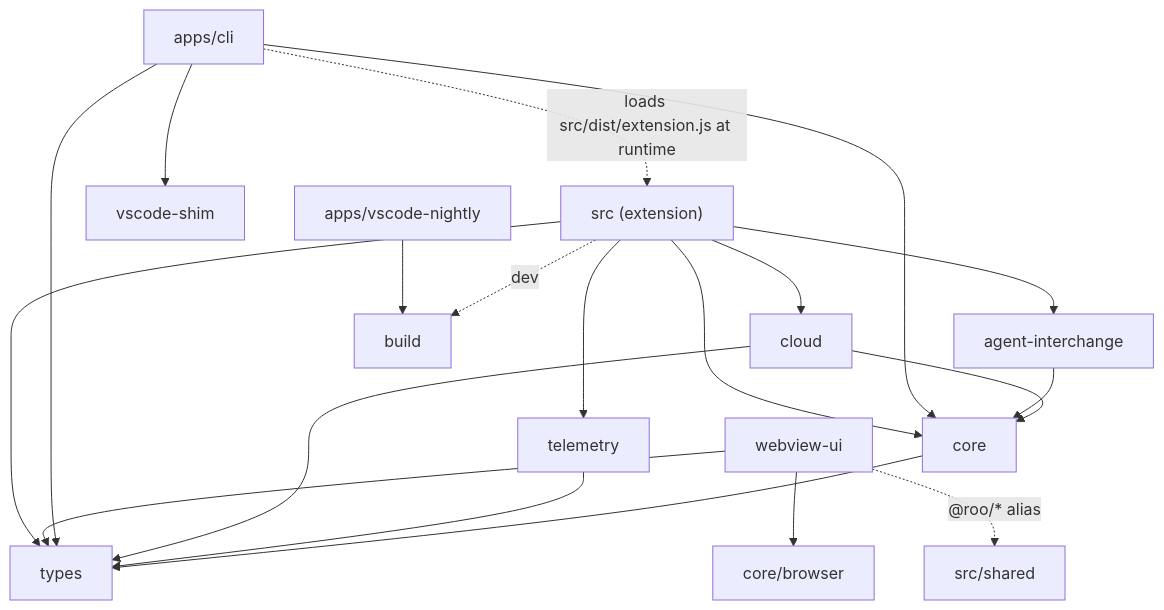
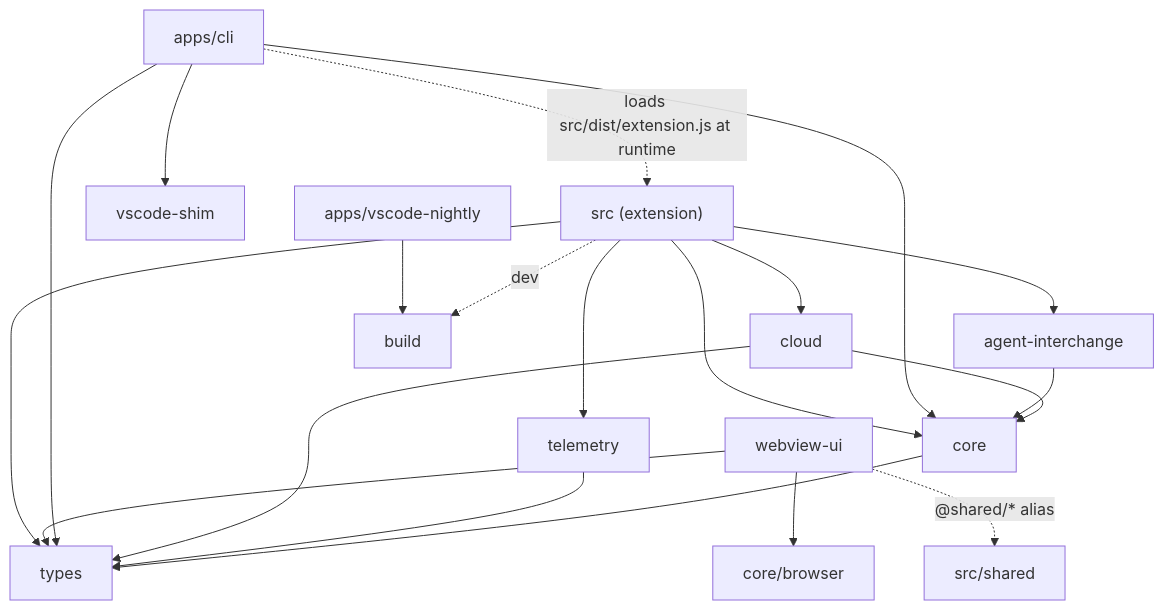
Before and after one commit to krzychdre/Tumble-Code: the diagram in docs/architecture.md, drawn with Mermaid. The commit also changed other lines of this file and 38 other files, not shown here.

First line of the commit message:
refactor(webview): rename stale @roo/* path alias to @shared/* (R3-1) (#762)

````diff
--- a/docs/architecture.md
+++ b/docs/architecture.md
@@ -41,22 +41,22 @@
 ```mermaid
 graph TD
   src["src (extension)"] --> interchange[agent-interchange]
   src --> cloud
   src --> telemetry
   src --> core
   src --> types
   webview[webview-ui] --> coreBrowser["core/browser"]
   webview --> types
-  webview -. "@roo/* alias" .-> shared["src/shared"]
+  webview -. "@shared/* alias" .-> shared["src/shared"]
   cli[apps/cli] --> core
   cli --> types
   cli --> shim[vscode-shim]
   cli -. "loads src/dist/extension.js at runtime" .-> src
   interchange --> core
   cloud --> core
   cloud --> types
   telemetry --> types
   core --> types
   nightly[apps/vscode-nightly] --> build
   src -. dev .-> build
 ```
````
